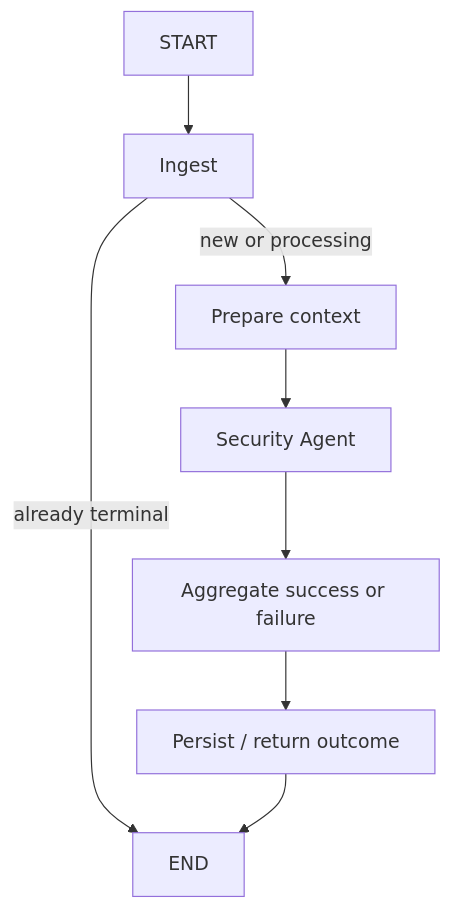
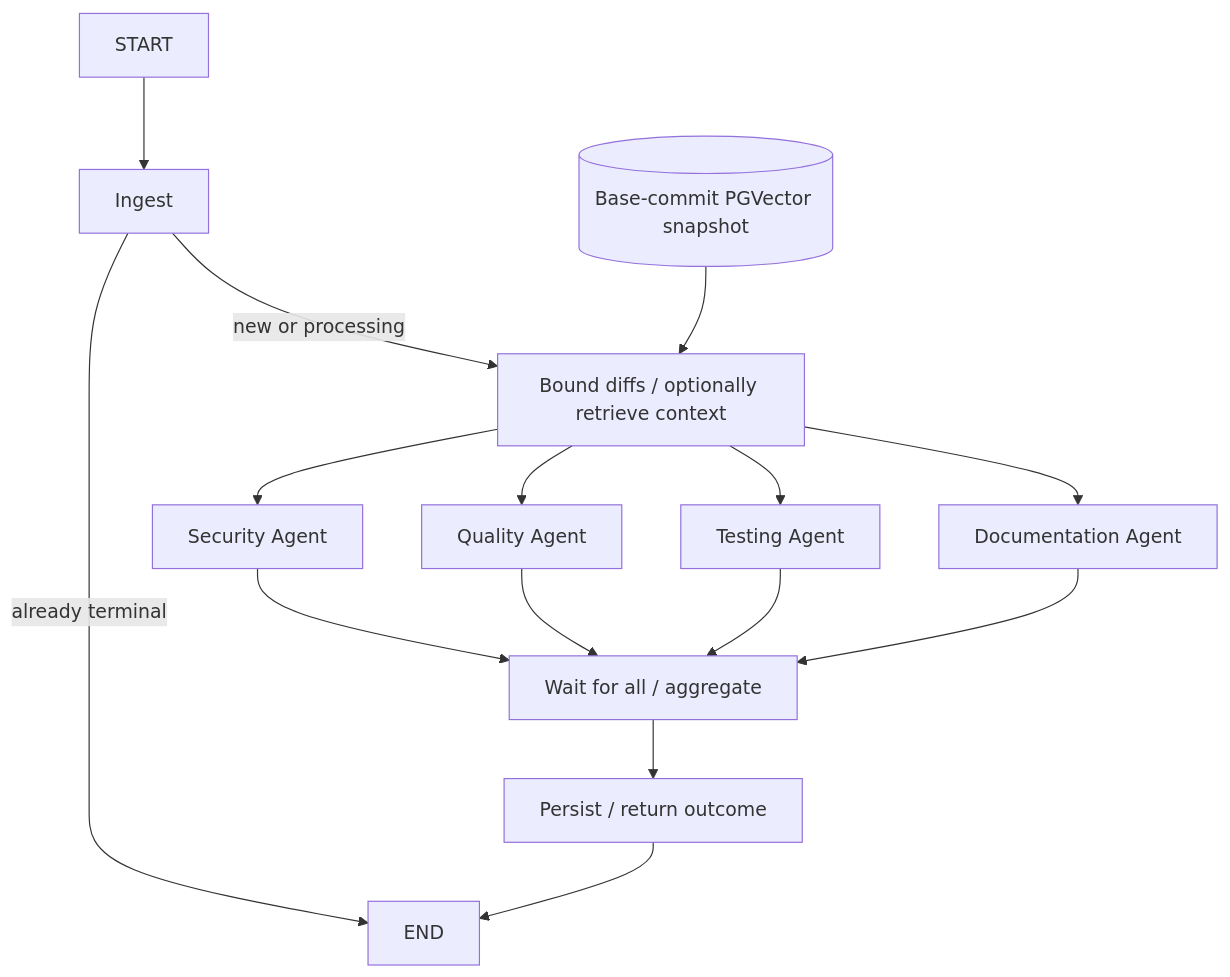
One commit to vish-dumps/AI-pull-request-Agent changed the diagram in docs/WORKFLOW.md. Above: the diagram before and after it, drawn with Mermaid. The commit also changed other lines of this file and 76 other files, not shown here.

````diff
--- a/docs/WORKFLOW.md
+++ b/docs/WORKFLOW.md
@@ -6,10 +6,17 @@
 ```mermaid
 flowchart TD
     Start[START] --> Ingest[Ingest]
     Ingest -->|already terminal| End[END]
-    Ingest -->|new or processing| Context[Prepare context]
+    Ingest -->|new or processing| Context[Bound diffs / optionally retrieve context]
+    Index[(Base-commit PGVector snapshot)] --> Context
     Context --> Security[Security Agent]
-    Security --> Aggregate[Aggregate success or failure]
+    Context --> Quality[Quality Agent]
+    Context --> Testing[Testing Agent]
+    Context --> Documentation[Documentation Agent]
+    Security --> Aggregate[Wait for all / aggregate]
+    Quality --> Aggregate
+    Testing --> Aggregate
+    Documentation --> Aggregate
     Aggregate --> Persist[Persist / return outcome]
     Persist --> End
 ```
````
